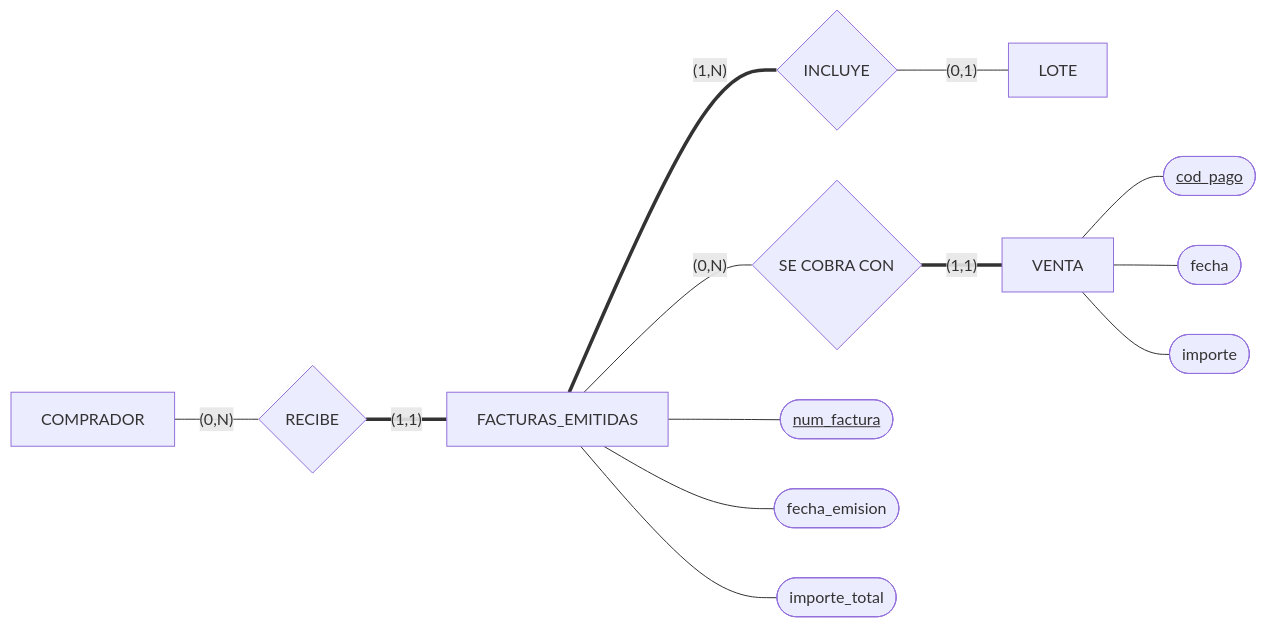
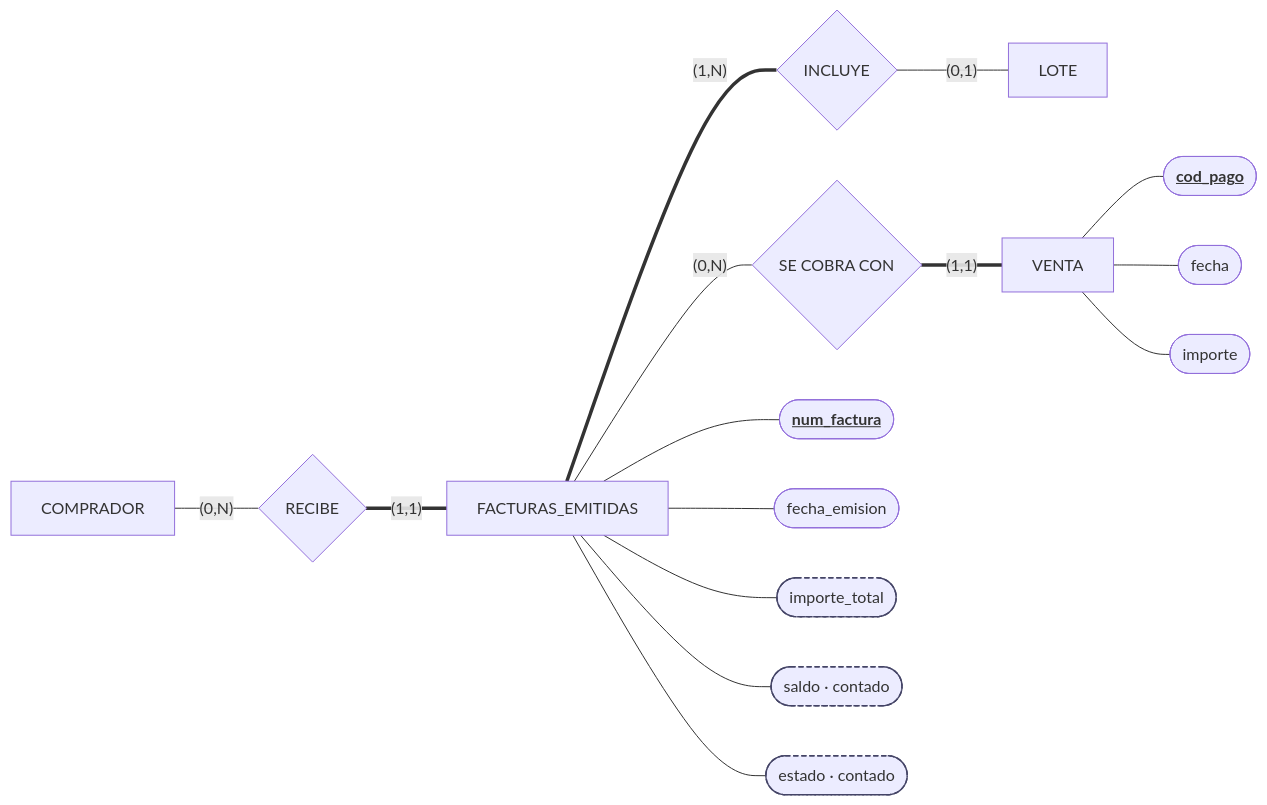
The diagram in Practica/P1/Schema/Facturas.md (JulTob/BasesDeDatos), drawn with Mermaid before and after one commit. The commit also changed other lines of this file and 16 other files, not shown here.

````diff
--- a/Practica/P1/Schema/Facturas.md
+++ b/Practica/P1/Schema/Facturas.md
@@ -9,16 +9,19 @@
 ```mermaid
 flowchart LR
+  classDef derivado stroke:#446,stroke-width:1.5px,stroke-dasharray:5 3;
   Comprador[COMPRADOR] ---|"(0,N)"| Recibe{RECIBE}
   Recibe ===|"(1,1)"| Emitidas[FACTURAS_EMITIDAS]
   Emitidas ===|"(1,N)"| Incluye{INCLUYE}
   Incluye ---|"(0,1)"| Lote[LOTE]
   Emitidas ---|"(0,N)"| Cobro{SE COBRA CON}
   Cobro ===|"(1,1)"| Venta[VENTA]
 
-  Emitidas --- num_fact(["<u>num_factura</u>"])
+  Emitidas --- num_fact(["<b><u>num_factura</u></b>"])
   Emitidas --- fecha_emision([fecha_emision])
-  Emitidas --- importe_total([importe_total])
-  Venta --- cod_pago(["<u>cod_pago</u>"])
+  Emitidas --- importe_total([importe_total]):::derivado
+  Emitidas --- saldo(["saldo · contado"]):::derivado
+  Emitidas --- estado(["estado · contado"]):::derivado
+  Venta --- cod_pago(["<b><u>cod_pago</u></b>"])
   Venta --- fecha([fecha])
   Venta --- importe([importe])
 ```
````
